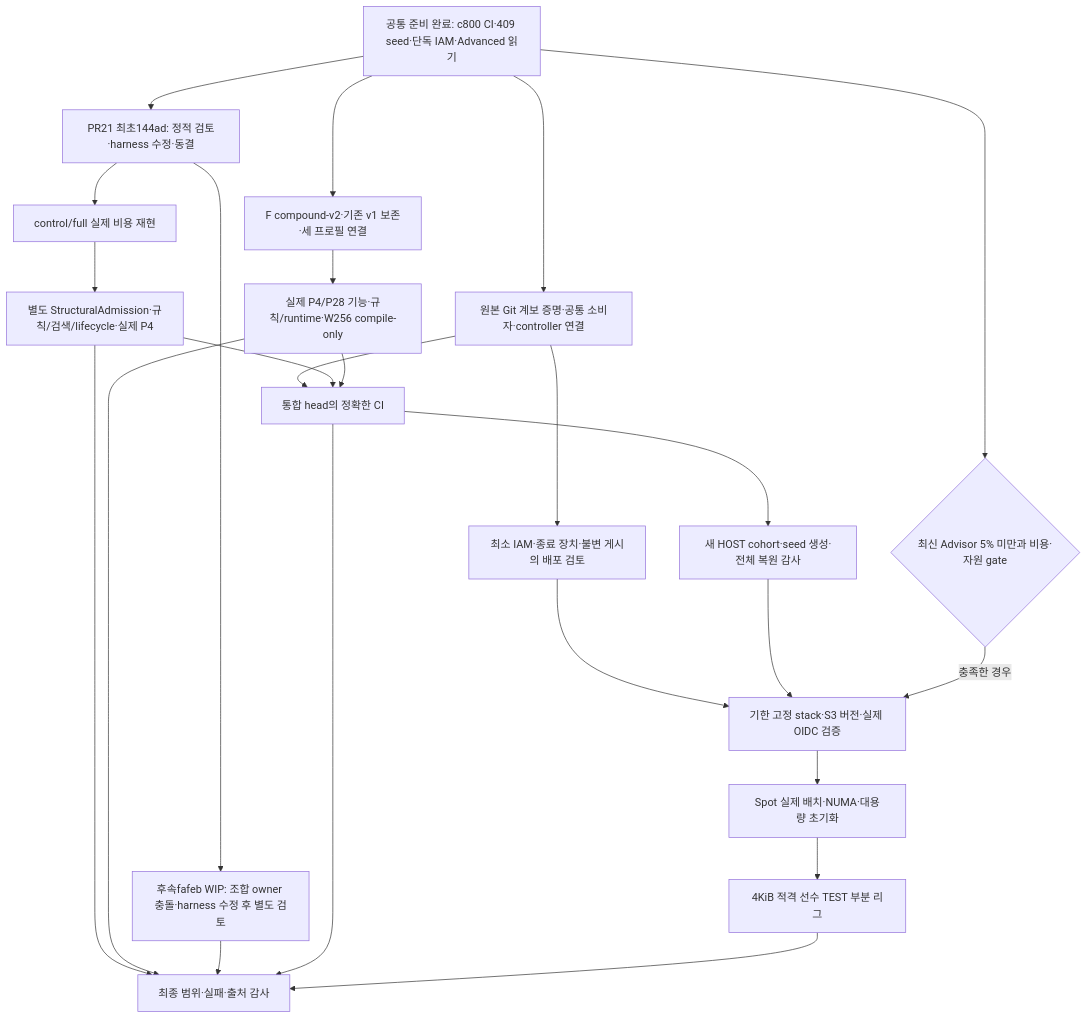
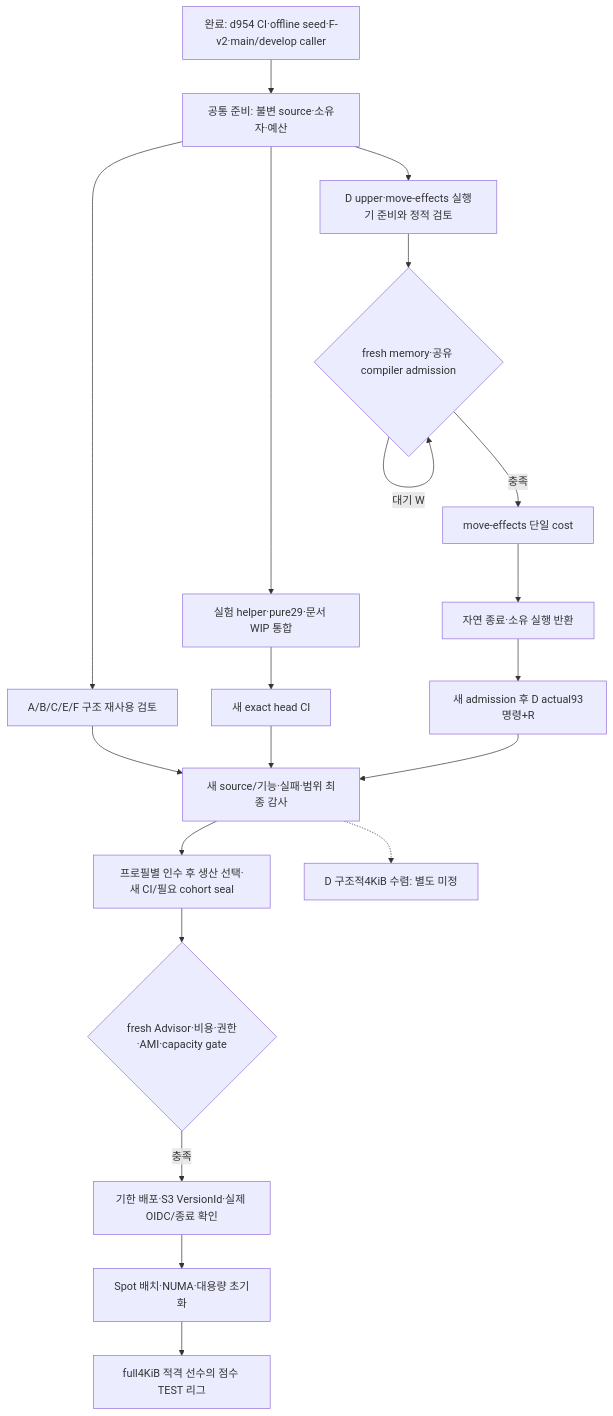
The fourth of 4 diagrams in docs/ENGINE-PLAN.ko.md (daejunnom/Rove4k), drawn with Mermaid before and after one commit. The commit also changed other lines of this file and 7 other files, not shown here.

````diff
--- a/docs/ENGINE-PLAN.ko.md
+++ b/docs/ENGINE-PLAN.ko.md
@@ -719,26 +659,22 @@
-```mermaid
+~~~mermaid
 flowchart TD
-  P[공통 준비 완료: c800 CI·409 seed·단독 IAM·Advanced 읽기] --> S[원본 Git 계보 증명·공통 소비자·controller 연결]
-  P --> D[PR21 최초144ad: 정적 검토·harness 수정·동결]
-  D --> DR[control/full 실제 비용 재현]
-  DR --> DV[별도 StructuralAdmission·규칙/검색/lifecycle·실제 P4]
-  D --> DW[후속fafeb WIP: 조합 owner 충돌·harness 수정 후 별도 검토]
-  P --> B[F compound-v2·기존 v1 보존·세 프로필 연결]
-  B --> BV[실제 P4/P28 기능·규칙/runtime·W256 compile-only]
-  S --> C[통합 head의 정확한 CI]
-  DV --> C
-  BV --> C
-  C --> T[새 HOST cohort·seed 생성·전체 복원 감사]
-  S --> H[최소 IAM·종료 장치·불변 게시의 배포 검토]
-  H --> X[기한 고정 stack·S3 버전·실제 OIDC 검증]
-  T --> X
-  P --> G{최신 Advisor 5% 미만과 비용·자원 gate}
-  G -->|충족한 경우| X
-  X --> N[Spot 실제 배치·NUMA·대용량 초기화]
-  N --> L[4KiB 적격 선수 TEST 부분 리그]
-  DV --> A[최종 범위·실패·출처 감사]
-  BV --> A
-  DW --> A
-  C --> A
-  L --> A
-```
+  DONE[완료: d954 CI·offline seed·F-v2·main/develop caller] --> PREP[공통 준비: 불변 source·소유자·예산]
+  PREP --> SP[D upper·move-effects 실행기 준비와 정적 검토]
+  PREP --> REUSE[A/B/C/E/F 구조 재사용 검토]
+  PREP --> WIP[실험 helper·pure29·문서 WIP 통합]
+  WIP --> CI[새 exact head CI]
+  SP --> MEM{fresh memory·공유 compiler admission}
+  MEM -->|대기 W| MEM
+  MEM -->|충족| COST[move-effects 단일 cost]
+  COST --> SETTLE[자연 종료·소유 실행 반환]
+  SETTLE --> UPPER[새 admission 후 D actual93명령+R]
+  UPPER --> AUDIT[새 source/기능·실패·범위 최종 감사]
+  CI --> AUDIT
+  REUSE --> AUDIT
+  AUDIT --> SELECT[프로필별 인수 후 생산 선택·새 CI/필요 cohort seal]
+  SELECT --> GATE{fresh Advisor·비용·권한·AMI·capacity gate}
+  GATE -->|충족| LIVE[기한 배포·S3 VersionId·실제 OIDC/종료 확인]
+  LIVE --> NUMA[Spot 배치·NUMA·대용량 초기화]
+  NUMA --> LEAGUE[full4KiB 적격 선수의 점수 TEST 리그]
+  AUDIT -.-> SIZE[D 구조적4KiB 수렴: 별도 미정]
+~~~
````
